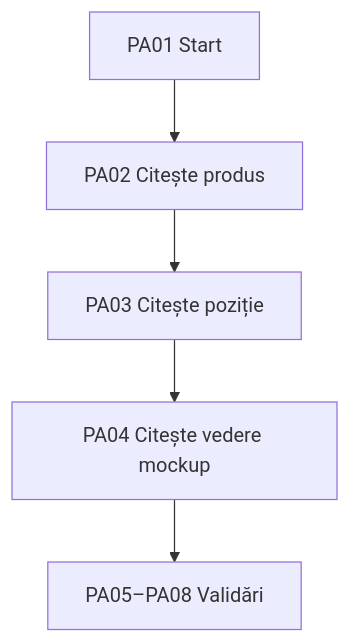
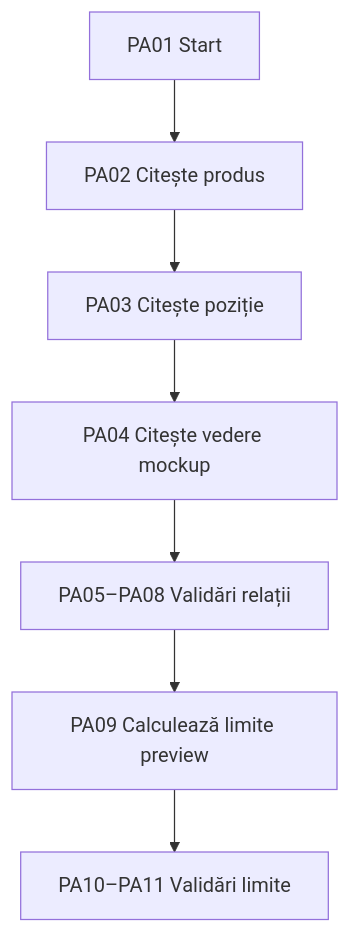
One commit to alexxcpr/crm changed the third of 9 diagrams in zdocumentation/E-Commerce/Faza-1-Configurator-Produse-Moduvis.md. Above: the diagram before and after it, drawn with Mermaid. The commit also changed other lines of this file and 1 other file, not shown here.

````diff
--- a/zdocumentation/E-Commerce/Faza-1-Configurator-Produse-Moduvis.md
+++ b/zdocumentation/E-Commerce/Faza-1-Configurator-Produse-Moduvis.md
@@ -654,7 +654,9 @@
 ```mermaid
 flowchart TD
   PA01["PA01 Start"] --> PA02["PA02 Citește produs"]
   PA02 --> PA03["PA03 Citește poziție"]
   PA03 --> PA04["PA04 Citește vedere mockup"]
-  PA04 --> PA05["PA05–PA08 Validări"]
+  PA04 --> PA05["PA05–PA08 Validări relații"]
+  PA05 --> PA09["PA09 Calculează limite preview"]
+  PA09 --> PA10["PA10–PA11 Validări limite"]
 ```
````
